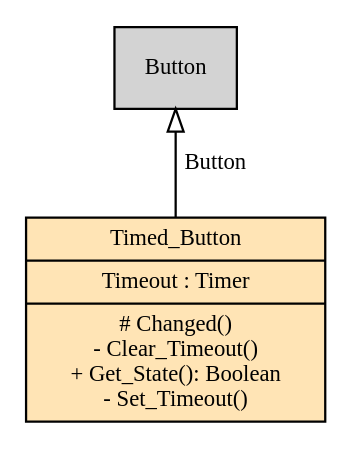
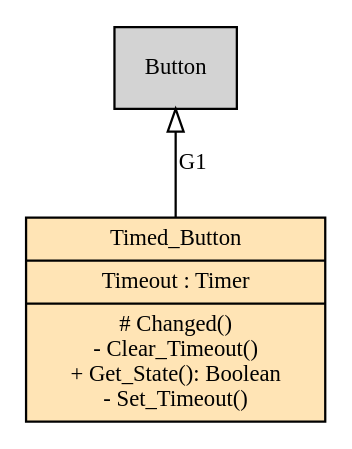
The diagram in House_Management.images/House_Management.Timed_Button.class.dot (simonjwright/coldframe), drawn with Graphviz before and after one commit. The commit also changed 47 other files, not shown here.

```diff
--- a/House_Management.images/House_Management.Timed_Button.class.dot
+++ b/House_Management.images/House_Management.Timed_Button.class.dot
@@ -1,11 +1,11 @@
 digraph "Timed_Button.class" {
       graph [root=Timed_Button]
       edge [fontsize=10]
       node [shape=record, style=filled, fillcolor=lightgray, fontsize=10]
 
       
       Timed_Button [fillcolor=moccasin, URL="#Timed_Button", label="{Timed_Button|Timeout : Timer|# Changed()\n- Clear_Timeout()\n+ Get_State(): Boolean\n- Set_Timeout()}"]
 Button [URL="#Button"]
-Button -> Timed_Button [label="Button", dir=back, arrowhead=none, arrowtail=onormal, URL="#Button"]
+Button -> Timed_Button [label="G1", dir=back, arrowhead=none, arrowtail=onormal, URL="#G1"]
 
       }
```
